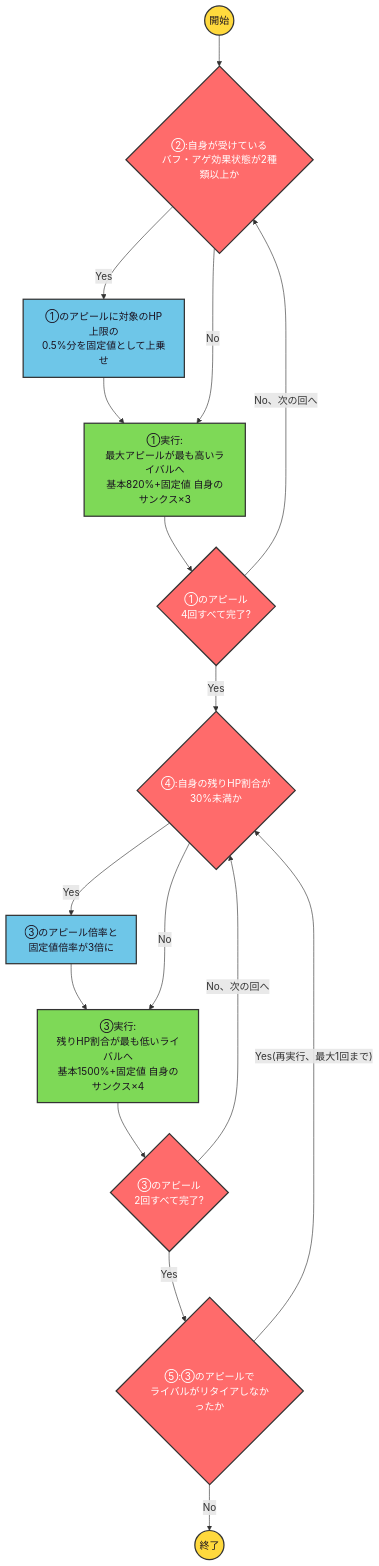
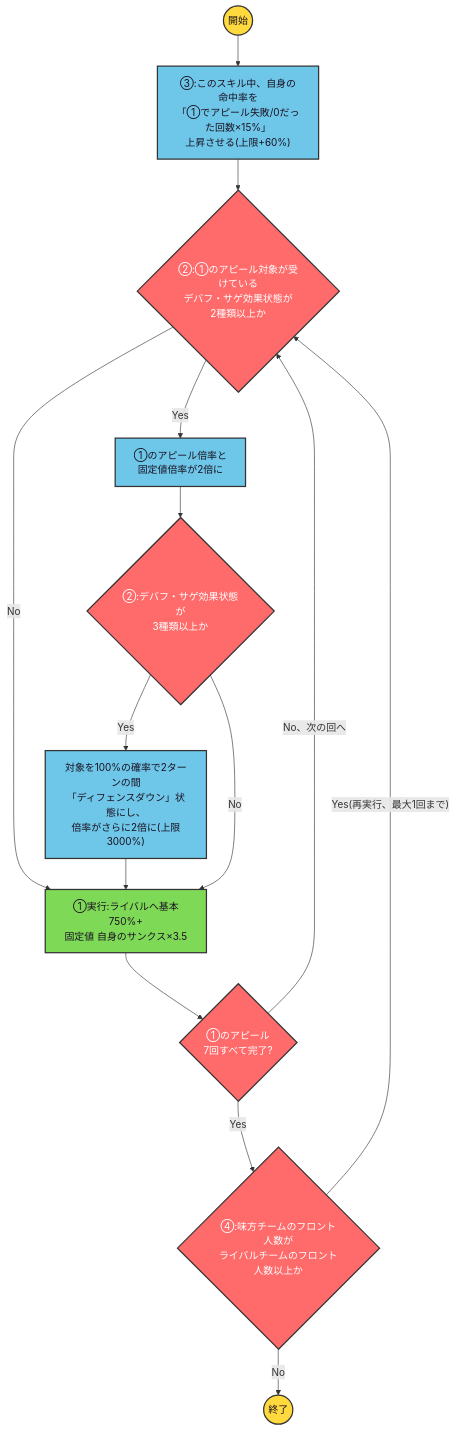
The diagram in data/suzuki_yuna/13thbasura_c_skill2.mmd (ryomochi0918/nogifra-characters), drawn with Mermaid before and after one commit. The commit also changed 19 other files, not shown here.

```diff
--- a/data/suzuki_yuna/13thbasura_c_skill2.mmd
+++ b/data/suzuki_yuna/13thbasura_c_skill2.mmd
@@ -1,19 +1,17 @@
 flowchart TD
     classDef startend fill:#FFD93D,stroke:#333,stroke-width:2px,color:#1a1220;
     classDef cond fill:#FF6B6B,stroke:#333,stroke-width:2px,color:#ffffff;
     classDef effect fill:#6EC6E8,stroke:#333,stroke-width:2px,color:#1a1220;
     classDef action fill:#7ED957,stroke:#333,stroke-width:2px,color:#1a1220;
 
-    start(("開始")):::startend --> c2{"②:自身が受けている<br/>バフ・アゲ効果状態が2種類以上か"}:::cond
-    c2 -->|"Yes"| e2["①のアピールに対象のHP上限の<br/>0.5%分を固定値として上乗せ"]:::effect --> a1
-    c2 -->|"No"| a1["①実行:<br/>最大アピールが最も高いライバルへ<br/>基本820%+固定値 自身のサンクス×3"]:::action
-    a1 --> lc1{"①のアピール<br/>4回すべて完了?"}:::cond
-    lc1 -->|"No、次の回へ"| c2
-    lc1 -->|"Yes"| c4{"④:自身の残りHP割合が<br/>30%未満か"}:::cond
-    c4 -->|"Yes"| e4["③のアピール倍率と<br/>固定値倍率が3倍に"]:::effect --> a3
-    c4 -->|"No"| a3["③実行:<br/>残りHP割合が最も低いライバルへ<br/>基本1500%+固定値 自身のサンクス×4"]:::action
-    a3 --> lc3{"③のアピール<br/>2回すべて完了?"}:::cond
-    lc3 -->|"No、次の回へ"| c4
-    lc3 -->|"Yes"| c5{"⑤:③のアピールで<br/>ライバルがリタイアしなかったか"}:::cond
-    c5 -->|"Yes(再実行、最大1回まで)"| c4
-    c5 -->|"No"| finish(("終了")):::startend
+    start(("開始")):::startend --> e3["③:このスキル中、自身の命中率を<br/>「①でアピール失敗/0だった回数×15%」<br/>上昇させる(上限+60%)"]:::effect
+    e3 --> c2a{"②:①のアピール対象が受けている<br/>デバフ・サゲ効果状態が<br/>2種類以上か"}:::cond
+    c2a -->|"Yes"| e2a["①のアピール倍率と<br/>固定値倍率が2倍に"]:::effect --> c2b{"②:デバフ・サゲ効果状態が<br/>3種類以上か"}:::cond
+    c2a -->|"No"| a1
+    c2b -->|"Yes"| e2b["対象を100%の確率で2ターンの間<br/>「ディフェンスダウン」状態にし、<br/>倍率がさらに2倍に(上限3000%)"]:::effect --> a1
+    c2b -->|"No"| a1["①実行:ライバルへ基本750%+<br/>固定値 自身のサンクス×3.5"]:::action
+    a1 --> lc1{"①のアピール<br/>7回すべて完了?"}:::cond
+    lc1 -->|"No、次の回へ"| c2a
+    lc1 -->|"Yes"| c4{"④:味方チームのフロント人数が<br/>ライバルチームのフロント人数以上か"}:::cond
+    c4 -->|"Yes(再実行、最大1回まで)"| c2a
+    c4 -->|"No"| finish(("終了")):::startend
```
